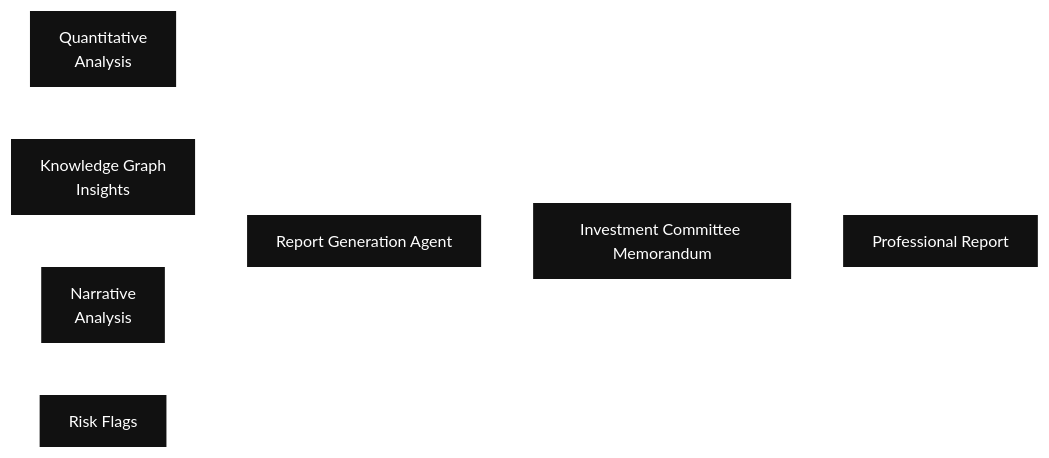
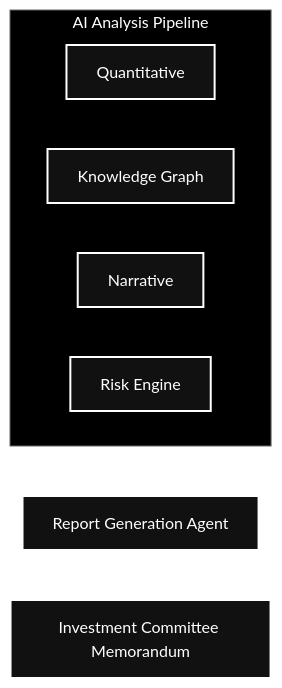
One commit to Shiva498689/GDG_PS changed the diagram in README.md. Above: the diagram before and after it, drawn with Mermaid.

Commit message:
gvjhbknm ,.

````diff
--- a/README.md
+++ b/README.md
@@ -1,31 +1,30 @@
 ```mermaid
-flowchart LR
+flowchart TB
 
-    Q["Quantitative<br/>Analysis"]
+    subgraph AI["AI Analysis Pipeline"]
 
-    KG["Knowledge Graph<br/>Insights"]
+        Q["Quantitative"]
 
-    N["Narrative<br/>Analysis"]
+        KG["Knowledge Graph"]
 
-    RF["Risk Flags"]
+        N["Narrative"]
 
-    AGENT["Report Generation Agent"]
+        R["Risk Engine"]
 
-    REPORT["Investment Committee Memorandum"]
+    end
 
-    PDF["Professional Report"]
+    REPORT["Report Generation Agent"]
 
-    Q --> AGENT
-    KG --> AGENT
-    N --> AGENT
-    RF --> AGENT
+    DOC["Investment Committee Memorandum"]
 
-    AGENT --> REPORT
-    REPORT --> PDF
+    AI --> REPORT
+    REPORT --> DOC
 
     classDef dark fill:#111111,stroke:#FFFFFF,color:#FFFFFF,stroke-width:2px;
 
-    class Q,KG,N,RF,AGENT,REPORT,PDF dark;
+    class Q,KG,N,R,REPORT,DOC dark;
+
+    style AI fill:#000000,stroke:#666666,color:#FFFFFF
 
     linkStyle default stroke:#FFFFFF,stroke-width:2px
 ```
````
